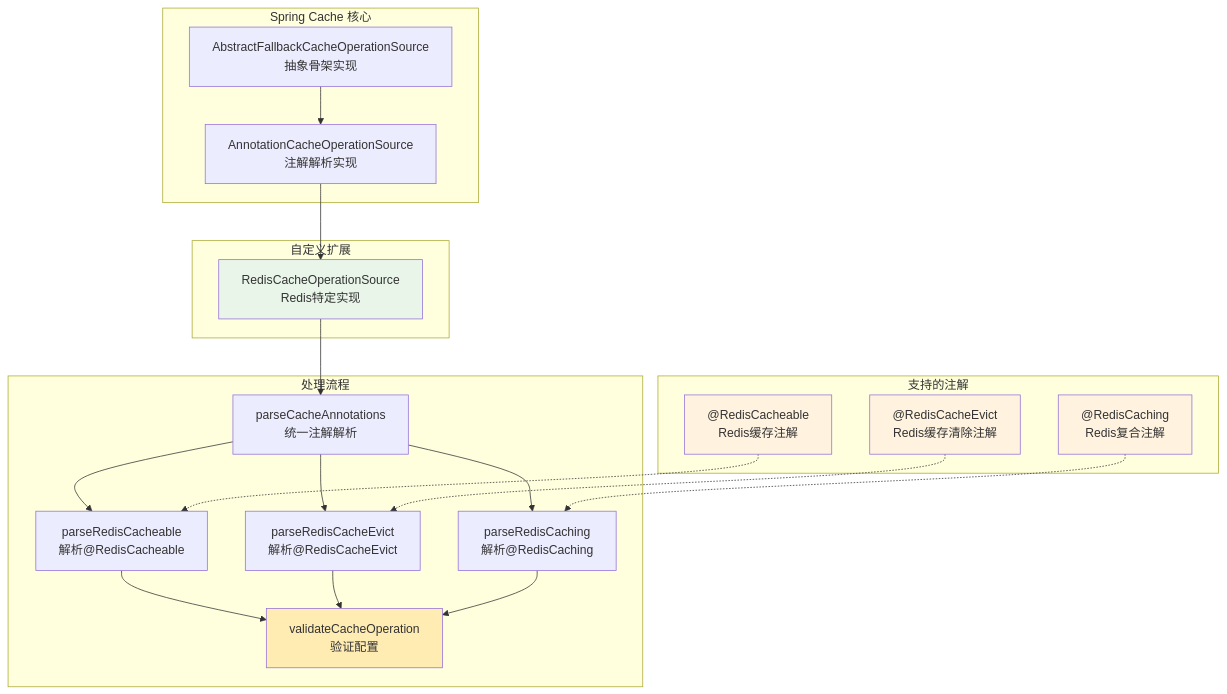
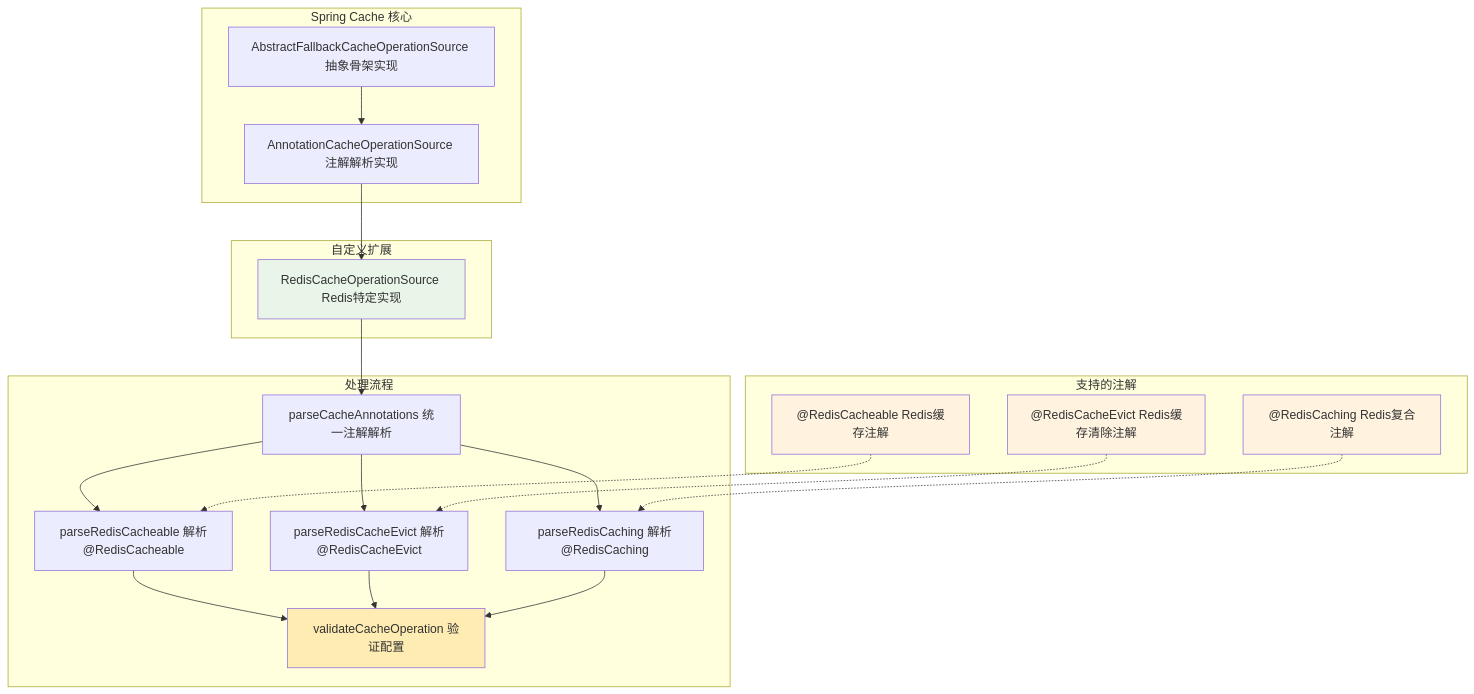
The seventh of 8 diagrams in src/content/note/zh-cn/spring-cache-cacheoperation-source-analysis.md (DavidHLP/blog), drawn with Mermaid before and after one commit. The commit also changed other lines of this file and 1 other file, not shown here.

````diff
--- a/src/content/note/zh-cn/spring-cache-cacheoperation-source-analysis.md
+++ b/src/content/note/zh-cn/spring-cache-cacheoperation-source-analysis.md
@@ -933,45 +933,45 @@
 ```mermaid
 graph TB
     subgraph "Spring Cache 核心"
-        A["AbstractFallbackCacheOperationSource\n抽象骨架实现"]
-        B["AnnotationCacheOperationSource\n注解解析实现"]
+        A["AbstractFallbackCacheOperationSource 抽象骨架实现"]
+        B["AnnotationCacheOperationSource 注解解析实现"]
         A --> B
     end
 
     subgraph "自定义扩展"
-        C["RedisCacheOperationSource\nRedis特定实现"]
+        C["RedisCacheOperationSource Redis特定实现"]
         B --> C
     end
 
     subgraph "支持的注解"
-        D["@RedisCacheable\nRedis缓存注解"]
-        E["@RedisCacheEvict\nRedis缓存清除注解"]
-        F["@RedisCaching\nRedis复合注解"]
+        D["@RedisCacheable Redis缓存注解"]
+        E["@RedisCacheEvict Redis缓存清除注解"]
+        F["@RedisCaching Redis复合注解"]
     end
 
     subgraph "处理流程"
-        G["parseCacheAnnotations\n统一注解解析"]
-        H["parseRedisCacheable\n解析@RedisCacheable"]
-        I["parseRedisCacheEvict\n解析@RedisCacheEvict"]
-        J["parseRedisCaching\n解析@RedisCaching"]
-        K["validateCacheOperation\n验证配置"]
+        G["parseCacheAnnotations 统一注解解析"]
+        H["parseRedisCacheable 解析@RedisCacheable"]
+        I["parseRedisCacheEvict 解析@RedisCacheEvict"]
+        J["parseRedisCaching 解析@RedisCaching"]
+        K["validateCacheOperation 验证配置"]
     end
 
     C --> G
     G --> H
     G --> I
     G --> J
     H --> K
     I --> K
     J --> K
 
     D -.-> H
     E -.-> I
     F -.-> J
 
     style C fill:#e8f5e8
     style D fill:#fff3e0
     style E fill:#fff3e0
     style F fill:#fff3e0
     style K fill:#ffecb3
 ```
````
